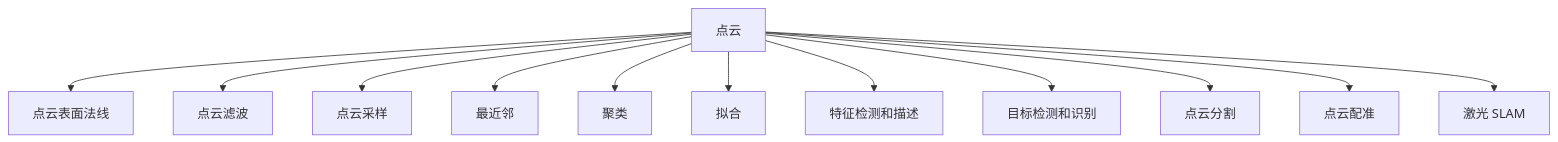
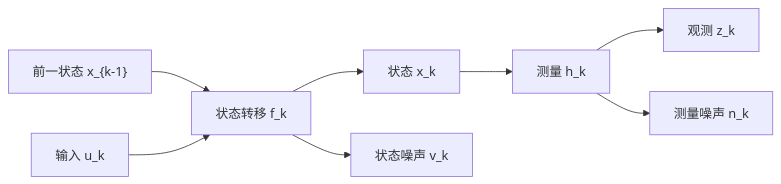
One commit to MciG-ggg/mcig-ggg.github.io changed the sixth of 9 diagrams in src/content/lecture/zh-cn/Auto-Drive-Intro/index.md. Above: the diagram before and after it, drawn with Mermaid. The commit also changed other lines of this file and 88 other files, not shown here.

````diff
--- a/src/content/lecture/zh-cn/Auto-Drive-Intro/index.md
+++ b/src/content/lecture/zh-cn/Auto-Drive-Intro/index.md
@@ -425,14 +831,9 @@
 ```mermaid
-graph TD
-  P["点云"] --> N["点云表面法线"]
-  P --> F["点云滤波"]
-  P --> S["点云采样"]
-  P --> NN["最近邻"]
-  P --> C["聚类"]
-  P --> FT["拟合"]
-  P --> FD["特征检测和描述"]
-  P --> OD["目标检测和识别"]
-  P --> SG["点云分割"]
-  P --> RG["点云配准"]
-  P --> SL["激光 SLAM"]
+flowchart LR
+  XP["前一状态 x_{k-1}"] --> XF["状态转移 f_k"]
+  UP["输入 u_k"] --> XF
+  XF --> X["状态 x_k"]
+  XF --> NV["状态噪声 v_k"]
+  X --> H["测量 h_k"] --> Z["观测 z_k"]
+  H --> NN["测量噪声 n_k"]
 ```
````
